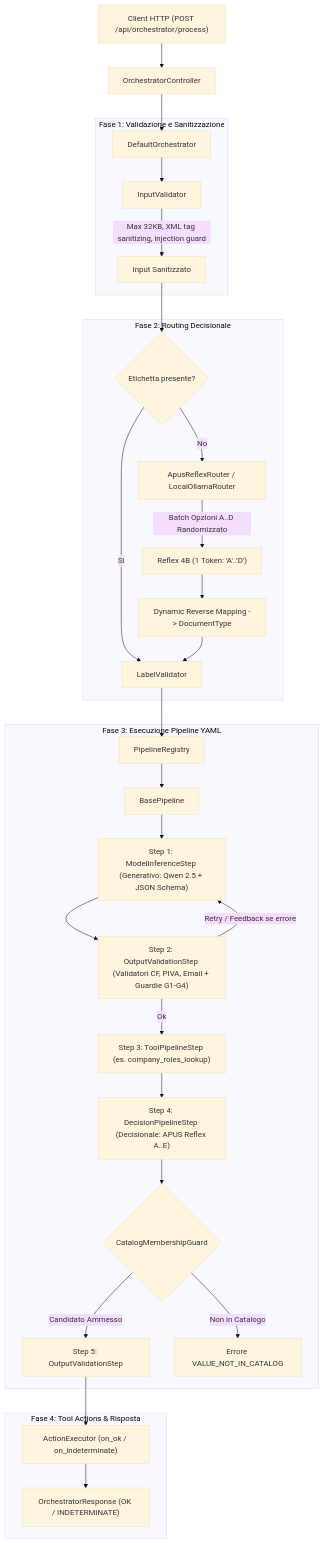
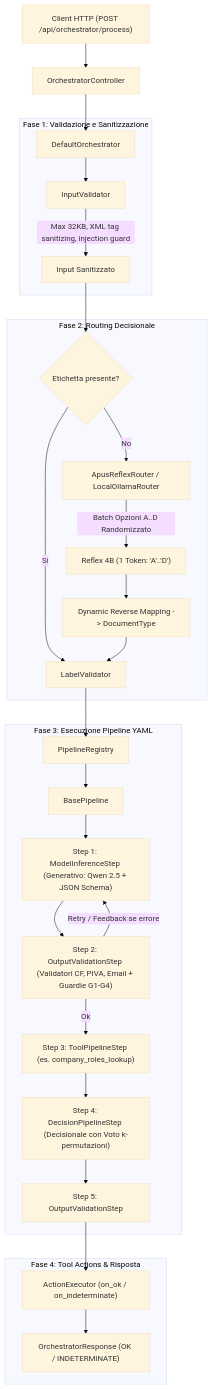
Before and after one commit to dddel/SLM-Orchestrator: the diagram in codebase_technical_reference.md, drawn with Mermaid (base theme). The commit also changed other lines of this file and 4 other files, not shown here.

````diff
--- a/codebase_technical_reference.md
+++ b/codebase_technical_reference.md
@@ -47,37 +50,35 @@
 ```mermaid
 flowchart TD
     Client["Client HTTP (POST /api/orchestrator/process)"] --> Controller["OrchestratorController"]
     Controller --> Orchestrator["DefaultOrchestrator"]
     
     subgraph Fase 1: Validazione e Sanitizzazione
         Orchestrator --> InputVal["InputValidator"]
         InputVal -->|Max 32KB, XML tag sanitizing, injection guard| SanitizedInput["Input Sanitizzato"]
     end
     
     subgraph Fase 2: Routing Decisionale
         SanitizedInput --> RouterCheck{"Etichetta presente?"}
         RouterCheck -->|No| RRouter["ApusReflexRouter / LocalOllamaRouter"]
         RouterCheck -->|Sì| LabelCheck["LabelValidator"]
         RRouter -->|Batch Opzioni A..D Randomizzato| SingleToken["Reflex 4B (1 Token: 'A'..'D')"]
         SingleToken --> DynMap["Dynamic Reverse Mapping -> DocumentType"]
         DynMap --> LabelCheck
     end
     
     subgraph Fase 3: Esecuzione Pipeline YAML
         LabelCheck --> PipeReg["PipelineRegistry"]
         PipeReg --> Pipeline["BasePipeline"]
         Pipeline --> Step1["Step 1: ModelInferenceStep (Generativo: Qwen 2.5 + JSON Schema)"]
         Step1 --> Step2["Step 2: OutputValidationStep (Validatori CF, PIVA, Email + Guardie G1-G4)"]
         Step2 -->|Retry / Feedback se errore| Step1
         Step2 -->|Ok| Step3["Step 3: ToolPipelineStep (es. company_roles_lookup)"]
-        Step3 --> Step4["Step 4: DecisionPipelineStep (Decisionale: APUS Reflex A..E)"]
-        Step4 --> Guard{"CatalogMembershipGuard"}
-        Guard -- "Candidato Ammesso" --> Step5["Step 5: OutputValidationStep"]
-        Guard -- "Non in Catalogo" --> Rej["Errore VALUE_NOT_IN_CATALOG"]
+        Step3 --> Step4["Step 4: DecisionPipelineStep (Decisionale con Voto k-permutazioni)"]
+        Step4 --> Step5["Step 5: OutputValidationStep"]
     end
     
     subgraph Fase 4: Tool Actions & Risposta
         Step5 --> ActionExec["ActionExecutor (on_ok / on_indeterminate)"]
         ActionExec --> Response["OrchestratorResponse (OK / INDETERMINATE)"]
     end
 ```
````
